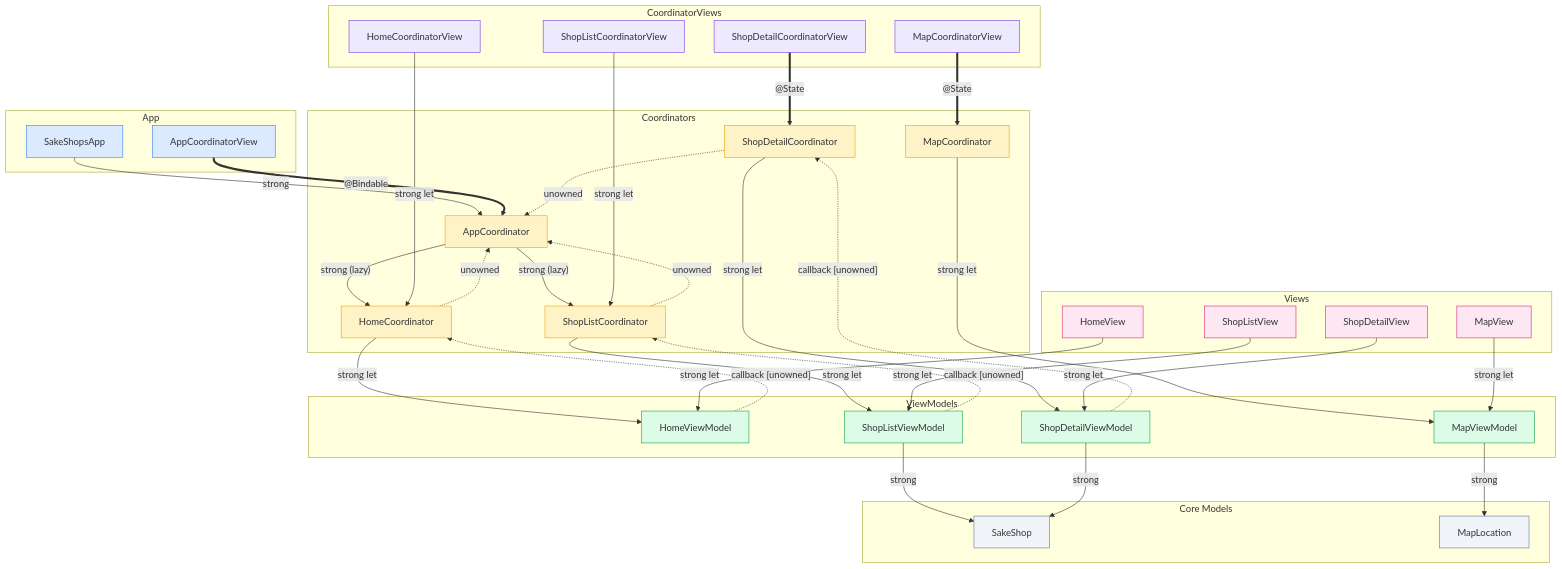
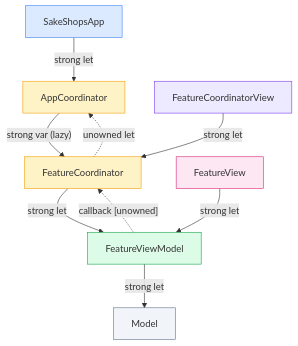
One commit to F3r-n4nd0/SakeShopsApp changed the diagram in docs/adr/0002-mvvm-c-architecture.md. Above: the diagram before and after it, drawn with Mermaid. The commit also changed other lines of this file and 4 other files, not shown here.

````diff
--- a/docs/adr/0002-mvvm-c-architecture.md
+++ b/docs/adr/0002-mvvm-c-architecture.md
@@ -84,85 +76,20 @@
     classDef view  fill:#fce7f3,stroke:#db2777
     classDef model fill:#f1f5f9,stroke:#64748b
 
-    subgraph APP["App"]
-        SA[SakeShopsApp]:::app
-        ACV[AppCoordinatorView]:::app
-    end
+    App[SakeShopsApp]:::app
+    AC[AppCoordinator]:::coord
+    FC[FeatureCoordinator]:::coord
+    FCV[FeatureCoordinatorView]:::cview
+    FVM[FeatureViewModel]:::vm
+    FV[FeatureView]:::view
+    M[Model]:::model
 
-    subgraph COORD["Coordinators"]
-        AC[AppCoordinator]:::coord
-        HC[HomeCoordinator]:::coord
-        SLC[ShopListCoordinator]:::coord
-        SDC[ShopDetailCoordinator]:::coord
-        MC[MapCoordinator]:::coord
-    end
-
-    subgraph CVIEW["CoordinatorViews"]
-        HCV[HomeCoordinatorView]:::cview
-        SLCV[ShopListCoordinatorView]:::cview
-        SDCV[ShopDetailCoordinatorView]:::cview
-        MCV[MapCoordinatorView]:::cview
-    end
-
-    subgraph VM["ViewModels"]
-        HVM[HomeViewModel]:::vm
-        SLVM[ShopListViewModel]:::vm
-        SDVM[ShopDetailViewModel]:::vm
-        MVM[MapViewModel]:::vm
-    end
-
-    subgraph VIEW["Views"]
-        HV[HomeView]:::view
-        SLV[ShopListView]:::view
-        SDV[ShopDetailView]:::view
-        MV[MapView]:::view
-    end
-
-    subgraph MODEL["Core Models"]
-        SS[SakeShop]:::model
-        ML[MapLocation]:::model
-    end
-
-    %% App layer
-    SA      -- strong          --> AC
-    ACV     == "@Bindable"     ==> AC
-
-    %% AppCoordinator vends feature coordinators (lazy, released when route leaves stack)
-    AC      -- "strong (lazy)" --> HC
-    AC      -- "strong (lazy)" --> SLC
-
-    %% Feature coordinators hold an unowned back-reference to break the retain cycle
-    HC      -. unowned         .-> AC
-    SLC     -. unowned         .-> AC
-    SDC     -. unowned         .-> AC
-
-    %% Persistent CoordinatorViews receive coordinator as let (AppCoordinator owns lifetime)
-    HCV     -- "strong let"    --> HC
-    SLCV    -- "strong let"    --> SLC
-
-    %% Ephemeral CoordinatorViews own their coordinator via @State (created inside navigationDestination)
-    SDCV    == "@State"        ==> SDC
-    MCV     == "@State"        ==> MC
-
-    %% Coordinators own ViewModels
-    HC      -- "strong let"    --> HVM
-    SLC     -- "strong let"    --> SLVM
-    SDC     -- "strong let"    --> SDVM
-    MC      -- "strong let"    --> MVM
-
-    %% ViewModels store navigation callbacks; closures capture their coordinator unowned
-    HVM     -. "callback [unowned]" .-> HC
-    SLVM    -. "callback [unowned]" .-> SLC
-    SDVM    -. "callback [unowned]" .-> SDC
-
-    %% Views hold their ViewModel as a plain let (no @Bindable / @State needed)
-    HV      -- "strong let"    --> HVM
-    SLV     -- "strong let"    --> SLVM
-    SDV     -- "strong let"    --> SDVM
-    MV      -- "strong let"    --> MVM
-
-    %% ViewModels reference Core Models
-    SLVM    -- strong          --> SS
-    SDVM    -- strong          --> SS
-    MVM     -- strong          --> ML
+    App -- "strong let"        --> AC
+    AC  -- "strong var (lazy)" --> FC
+    FC  -. "unowned let"       .-> AC
+    FCV -- "strong let"        --> FC
+    FC  -- "strong let"        --> FVM
+    FVM -. "callback [unowned]".-> FC
+    FV  -- "strong let"        --> FVM
+    FVM -- "strong let"        --> M
 ```
````
